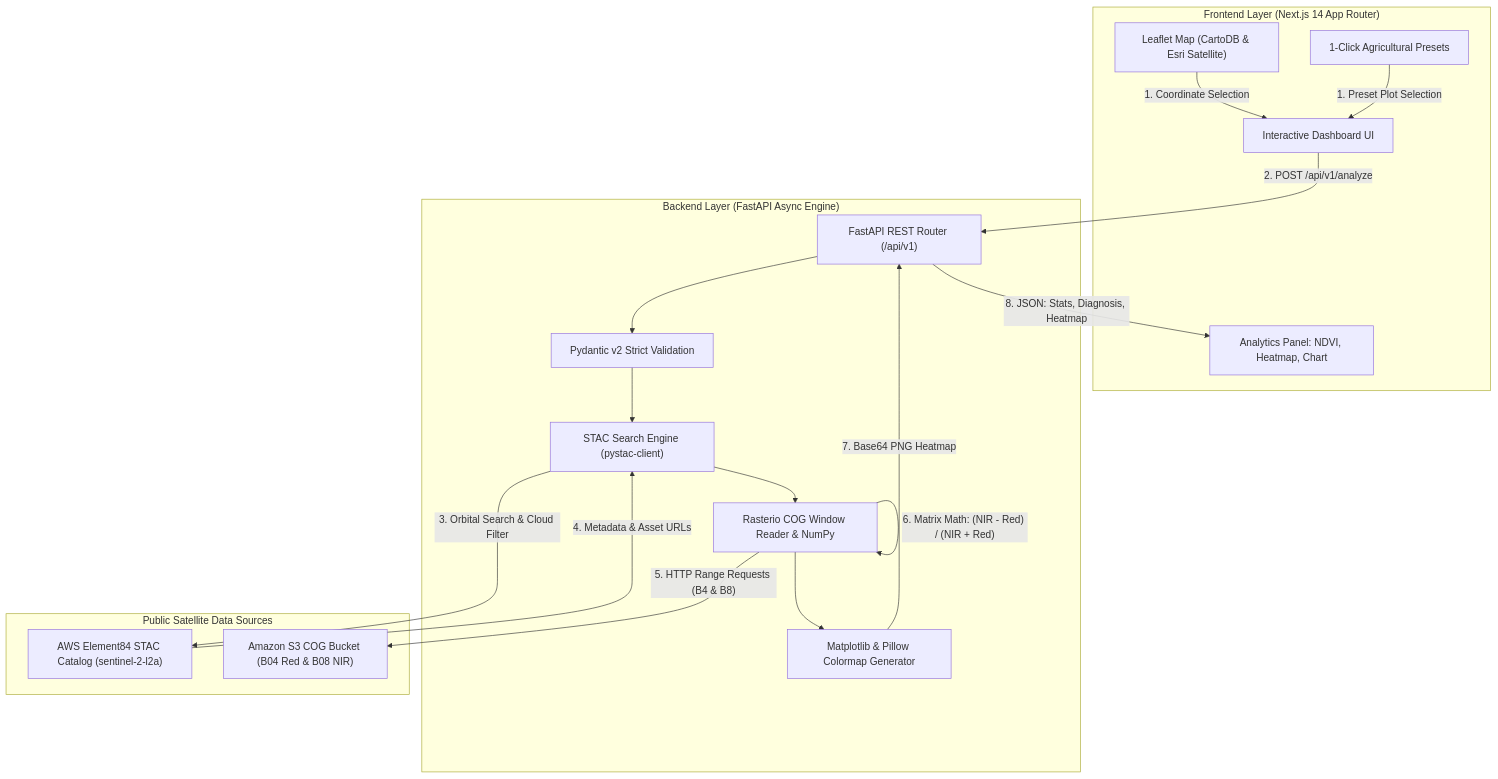
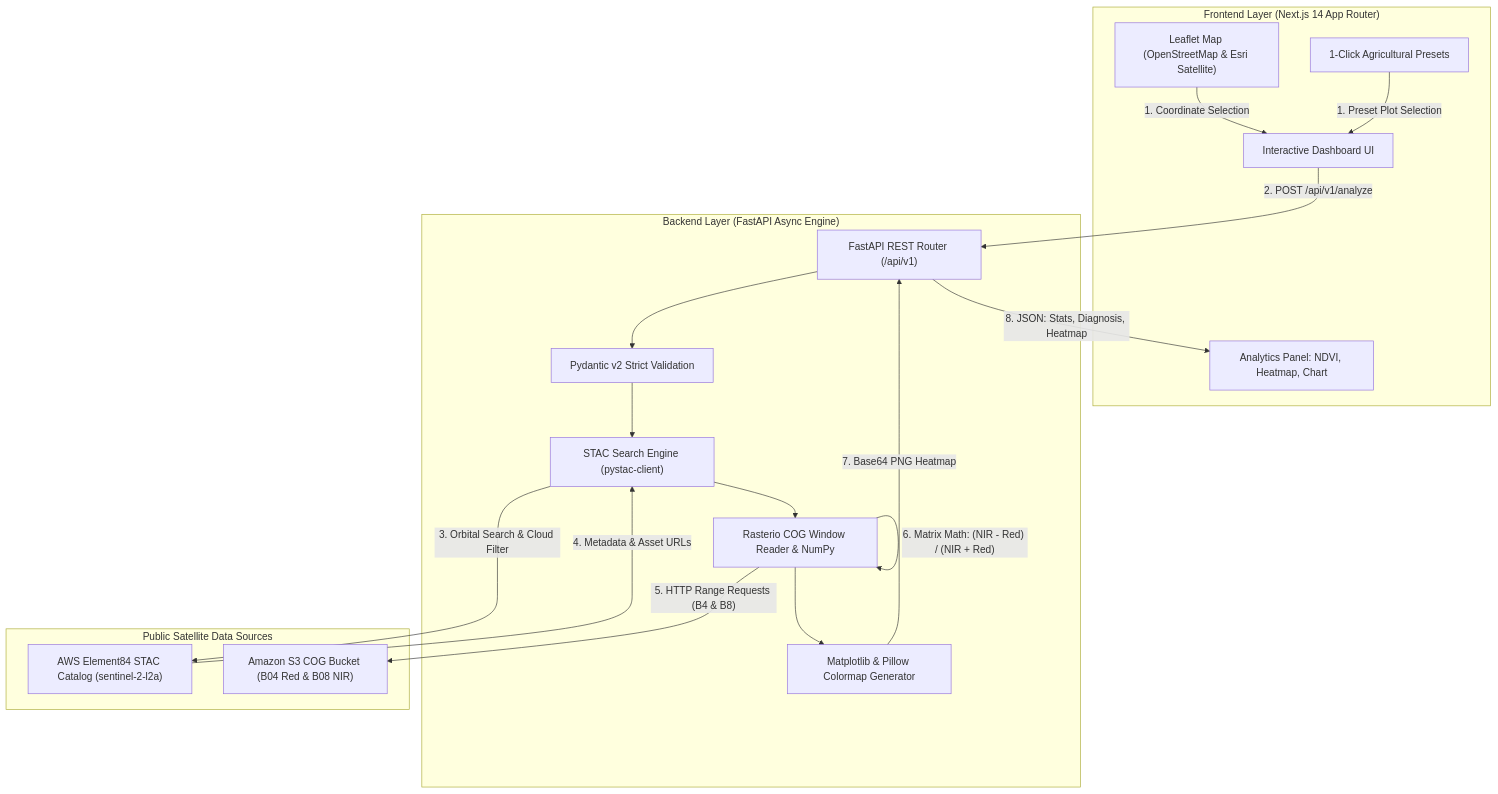
The diagram in README.md (Miguel-Galrito/cropvision), drawn with Mermaid before and after one commit. The commit also changed other lines of this file and 5 other files, not shown here.

Commit message:
fix: responsive location analysis on live site, human-readable text report export, clean OpenStreetMap tiles, and Windows launcher scripts

````diff
--- a/README.md
+++ b/README.md
@@ -72,36 +75,36 @@
 ```mermaid
 flowchart TD
     subgraph Frontend["Frontend Layer (Next.js 14 App Router)"]
         UI["Interactive Dashboard UI"]
-        Map["Leaflet Map (CartoDB & Esri Satellite)"]
+        Map["Leaflet Map (OpenStreetMap & Esri Satellite)"]
         Presets["1-Click Agricultural Presets"]
         Panel["Analytics Panel: NDVI, Heatmap, Chart"]
     end
 
     subgraph Backend["Backend Layer (FastAPI Async Engine)"]
         API["FastAPI REST Router (/api/v1)"]
         Pydantic["Pydantic v2 Strict Validation"]
         STACService["STAC Search Engine (pystac-client)"]
         NDVIService["Rasterio COG Window Reader & NumPy"]
         ThumbnailService["Matplotlib & Pillow Colormap Generator"]
     end
 
     subgraph DataSources["Public Satellite Data Sources"]
         STACCatalog["AWS Element84 STAC Catalog (sentinel-2-l2a)"]
         S3COGs["Amazon S3 COG Bucket (B04 Red & B08 NIR)"]
     end
 
     Map -->|"1. Coordinate Selection"| UI
     Presets -->|"1. Preset Plot Selection"| UI
     UI -->|"2. POST /api/v1/analyze"| API
     API --> Pydantic
     Pydantic --> STACService
     STACService -->|"3. Orbital Search & Cloud Filter"| STACCatalog
     STACCatalog -->|"4. Metadata & Asset URLs"| STACService
     STACService --> NDVIService
     NDVIService -->|"5. HTTP Range Requests (B4 & B8)"| S3COGs
     NDVIService -->|"6. Matrix Math: (NIR - Red) / (NIR + Red)"| NDVIService
     NDVIService --> ThumbnailService
     ThumbnailService -->|"7. Base64 PNG Heatmap"| API
     API -->|"8. JSON: Stats, Diagnosis, Heatmap"| Panel
 ```
````
